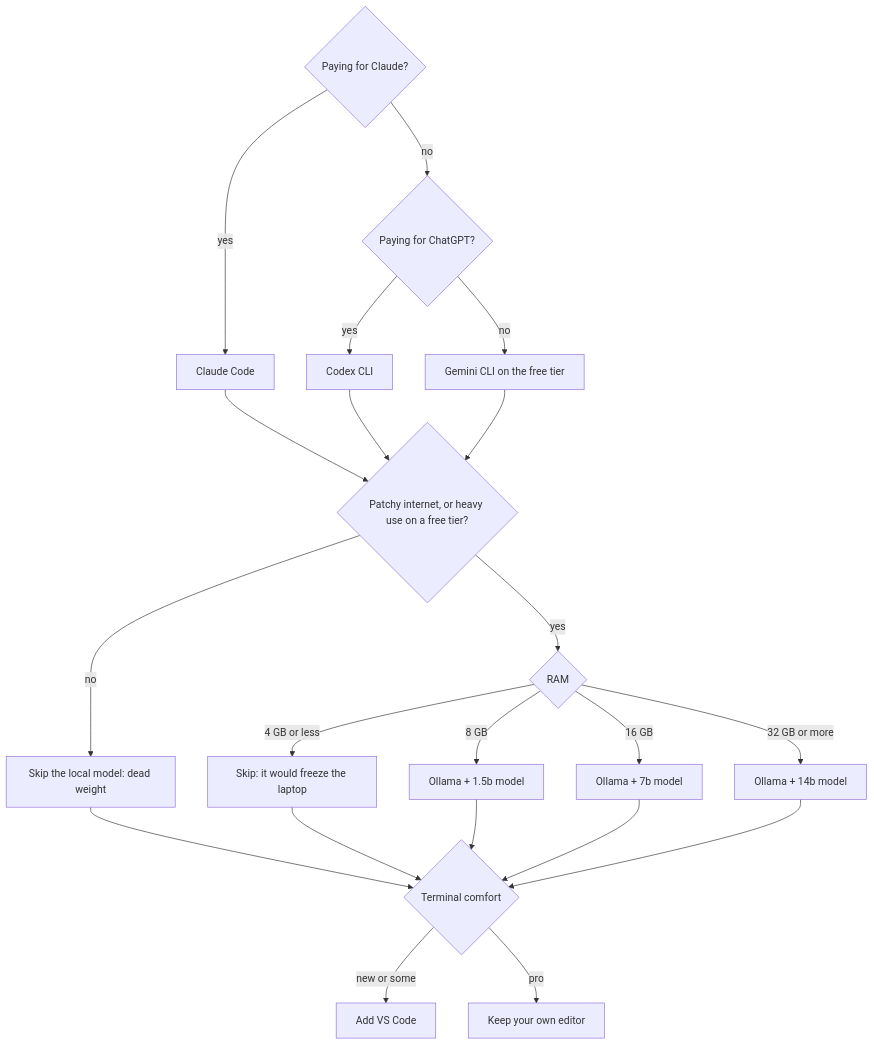
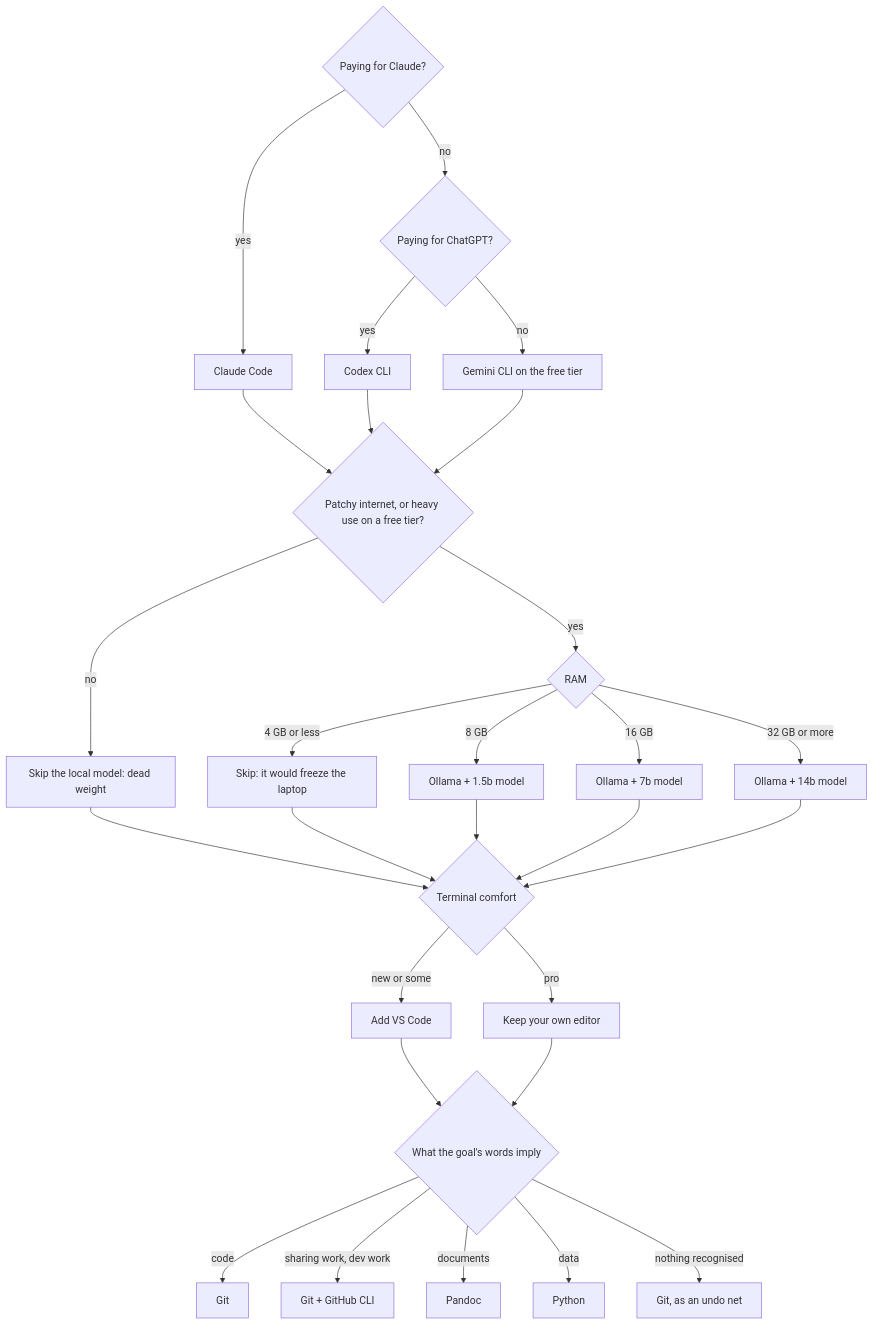
One commit to Arnav-dll/AgentReady changed the second of 6 diagrams in README.md. Above: the diagram before and after it, drawn with Mermaid. The commit also changed other lines of this file, not shown here.

First line of the commit message:
Update README for the any-goal reader and the matte design

````diff
--- a/README.md
+++ b/README.md
@@ -79,19 +78,26 @@
 ```mermaid
 flowchart TD
     Q1{Paying for Claude?} -->|yes| CC[Claude Code]
     Q1 -->|no| Q2{Paying for ChatGPT?}
     Q2 -->|yes| CX[Codex CLI]
     Q2 -->|no| GM[Gemini CLI on the free tier]
 
     CC & CX & GM --> Q3{Patchy internet, or heavy use on a free tier?}
     Q3 -->|no| NL[Skip the local model: dead weight]
     Q3 -->|yes| Q4{RAM}
     Q4 -->|4 GB or less| SK[Skip: it would freeze the laptop]
     Q4 -->|8 GB| L1[Ollama + 1.5b model]
     Q4 -->|16 GB| L2[Ollama + 7b model]
     Q4 -->|32 GB or more| L3[Ollama + 14b model]
 
     NL & SK & L1 & L2 & L3 --> Q5{Terminal comfort}
     Q5 -->|new or some| VS[Add VS Code]
     Q5 -->|pro| NV[Keep your own editor]
+
+    VS & NV --> Q6{What the goal's words imply}
+    Q6 -->|code| T1[Git]
+    Q6 -->|sharing work, dev work| T2[Git + GitHub CLI]
+    Q6 -->|documents| T3[Pandoc]
+    Q6 -->|data| T4[Python]
+    Q6 -->|nothing recognised| T5[Git, as an undo net]
 ```
````
